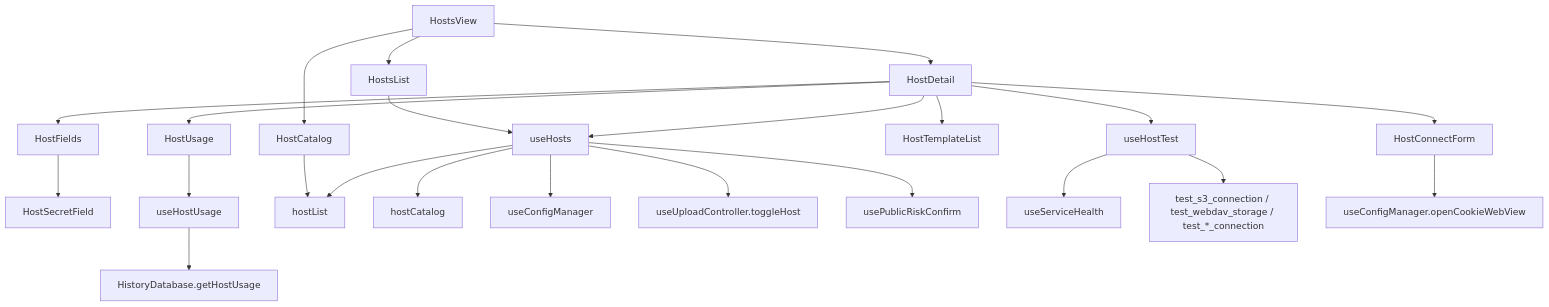
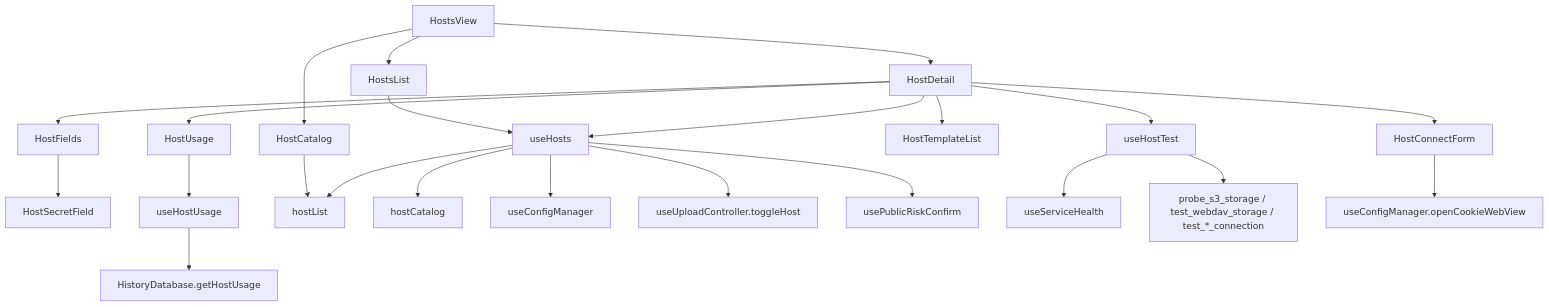
The first of 7 diagrams in docs/design/redesign/hosts-plan.md (joeyliu6/PicNexus), drawn with Mermaid before and after one commit. The commit also changed other lines of this file, not shown here.

Commit message:
docs(redesign): record the 图床 choices made while building and walking it

````diff
--- a/docs/design/redesign/hosts-plan.md
+++ b/docs/design/redesign/hosts-plan.md
@@ -91,25 +91,25 @@
 ```mermaid
 graph TD
   HostsView --> HostsList
   HostsView --> HostDetail
   HostsView --> HostCatalog
   HostDetail --> HostUsage
   HostDetail --> HostFields
   HostDetail --> HostConnectForm
   HostDetail --> HostTemplateList
   HostFields --> HostSecretField
   HostsList --> useHosts
   HostDetail --> useHosts
   HostDetail --> useHostTest
   HostUsage --> useHostUsage
   HostCatalog --> hostList
   useHosts --> hostCatalog
   useHosts --> hostList
   useHosts --> useConfig[useConfigManager]
   useHosts --> upload[useUploadController.toggleHost]
   useHosts --> risk[usePublicRiskConfirm]
   useHostTest --> health[useServiceHealth]
-  useHostTest --> rust[test_s3_connection / test_webdav_storage / test_*_connection]
+  useHostTest --> rust[probe_s3_storage / test_webdav_storage / test_*_connection]
   useHostUsage --> db[HistoryDatabase.getHostUsage]
   HostConnectForm --> cookie[useConfigManager.openCookieWebView]
 ```
````
